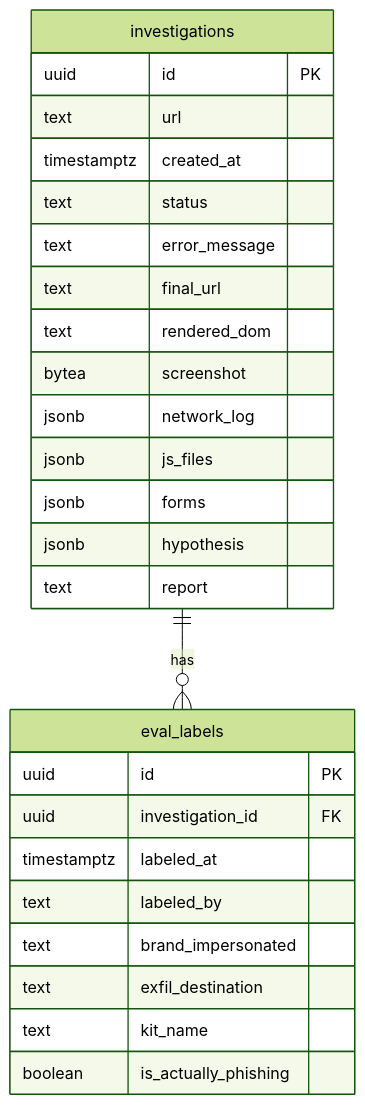
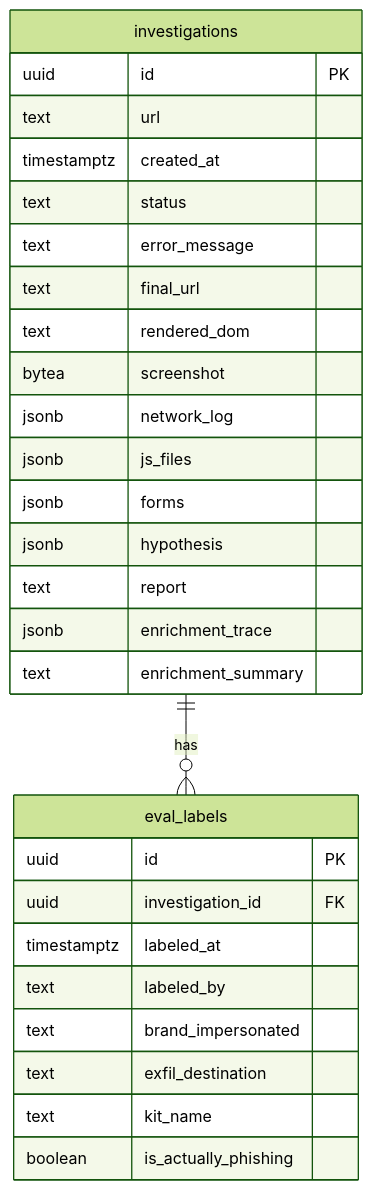
Before and after one commit to Aslanchik/go-phish: the first of 2 diagrams in docs/data-model.md, drawn with Mermaid (forest theme). The commit also changed other lines of this file and 9 other files, not shown here.

````diff
--- a/docs/data-model.md
+++ b/docs/data-model.md
@@ -5,31 +5,33 @@
 ```mermaid
 erDiagram
     investigations {
         uuid    id              PK
         text    url
         timestamptz created_at
         text    status
         text    error_message
         text    final_url
         text    rendered_dom
         bytea   screenshot
         jsonb   network_log
         jsonb   js_files
         jsonb   forms
         jsonb   hypothesis
         text    report
+        jsonb   enrichment_trace
+        text    enrichment_summary
     }
 
     eval_labels {
         uuid    id              PK
         uuid    investigation_id FK
         timestamptz labeled_at
         text    labeled_by
         text    brand_impersonated
         text    exfil_destination
         text    kit_name
         boolean is_actually_phishing
     }
 
     investigations ||--o{ eval_labels : "has"
 ```
````
